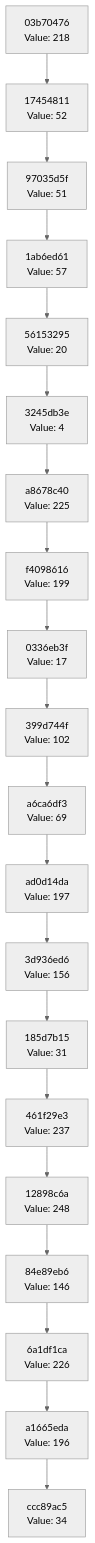
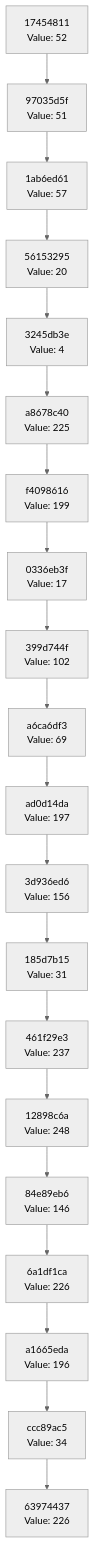
One commit to Abhisheksinha1506/hash-chain-evolver changed the diagram in docs/CHAIN_VISUALIZATION.md. Above: the diagram before and after it, drawn with Mermaid (neutral theme). The commit also changed 2 other files, not shown here.

Commit message:
Evolution step: hash 0xE2 → action executed

````diff
--- a/docs/CHAIN_VISUALIZATION.md
+++ b/docs/CHAIN_VISUALIZATION.md
@@ -3,42 +3,42 @@
 ```mermaid
 graph TD
-    C0["ccc89ac5<br/>Value: 34"]
-    C1["a1665eda<br/>Value: 196"]
+    C0["63974437<br/>Value: 226"]
+    C1["ccc89ac5<br/>Value: 34"]
     C1 --> C0
-    C2["6a1df1ca<br/>Value: 226"]
+    C2["a1665eda<br/>Value: 196"]
     C2 --> C1
-    C3["84e89eb6<br/>Value: 146"]
+    C3["6a1df1ca<br/>Value: 226"]
     C3 --> C2
-    C4["12898c6a<br/>Value: 248"]
+    C4["84e89eb6<br/>Value: 146"]
     C4 --> C3
-    C5["461f29e3<br/>Value: 237"]
+    C5["12898c6a<br/>Value: 248"]
     C5 --> C4
-    C6["185d7b15<br/>Value: 31"]
+    C6["461f29e3<br/>Value: 237"]
     C6 --> C5
-    C7["3d936ed6<br/>Value: 156"]
+    C7["185d7b15<br/>Value: 31"]
     C7 --> C6
-    C8["ad0d14da<br/>Value: 197"]
+    C8["3d936ed6<br/>Value: 156"]
     C8 --> C7
-    C9["a6ca6df3<br/>Value: 69"]
+    C9["ad0d14da<br/>Value: 197"]
     C9 --> C8
-    C10["399d744f<br/>Value: 102"]
+    C10["a6ca6df3<br/>Value: 69"]
     C10 --> C9
-    C11["0336eb3f<br/>Value: 17"]
+    C11["399d744f<br/>Value: 102"]
     C11 --> C10
-    C12["f4098616<br/>Value: 199"]
+    C12["0336eb3f<br/>Value: 17"]
     C12 --> C11
-    C13["a8678c40<br/>Value: 225"]
+    C13["f4098616<br/>Value: 199"]
     C13 --> C12
-    C14["3245db3e<br/>Value: 4"]
+    C14["a8678c40<br/>Value: 225"]
     C14 --> C13
-    C15["56153295<br/>Value: 20"]
+    C15["3245db3e<br/>Value: 4"]
     C15 --> C14
-    C16["1ab6ed61<br/>Value: 57"]
+    C16["56153295<br/>Value: 20"]
     C16 --> C15
-    C17["97035d5f<br/>Value: 51"]
+    C17["1ab6ed61<br/>Value: 57"]
     C17 --> C16
-    C18["17454811<br/>Value: 52"]
+    C18["97035d5f<br/>Value: 51"]
     C18 --> C17
-    C19["03b70476<br/>Value: 218"]
+    C19["17454811<br/>Value: 52"]
     C19 --> C18
 ```
````
